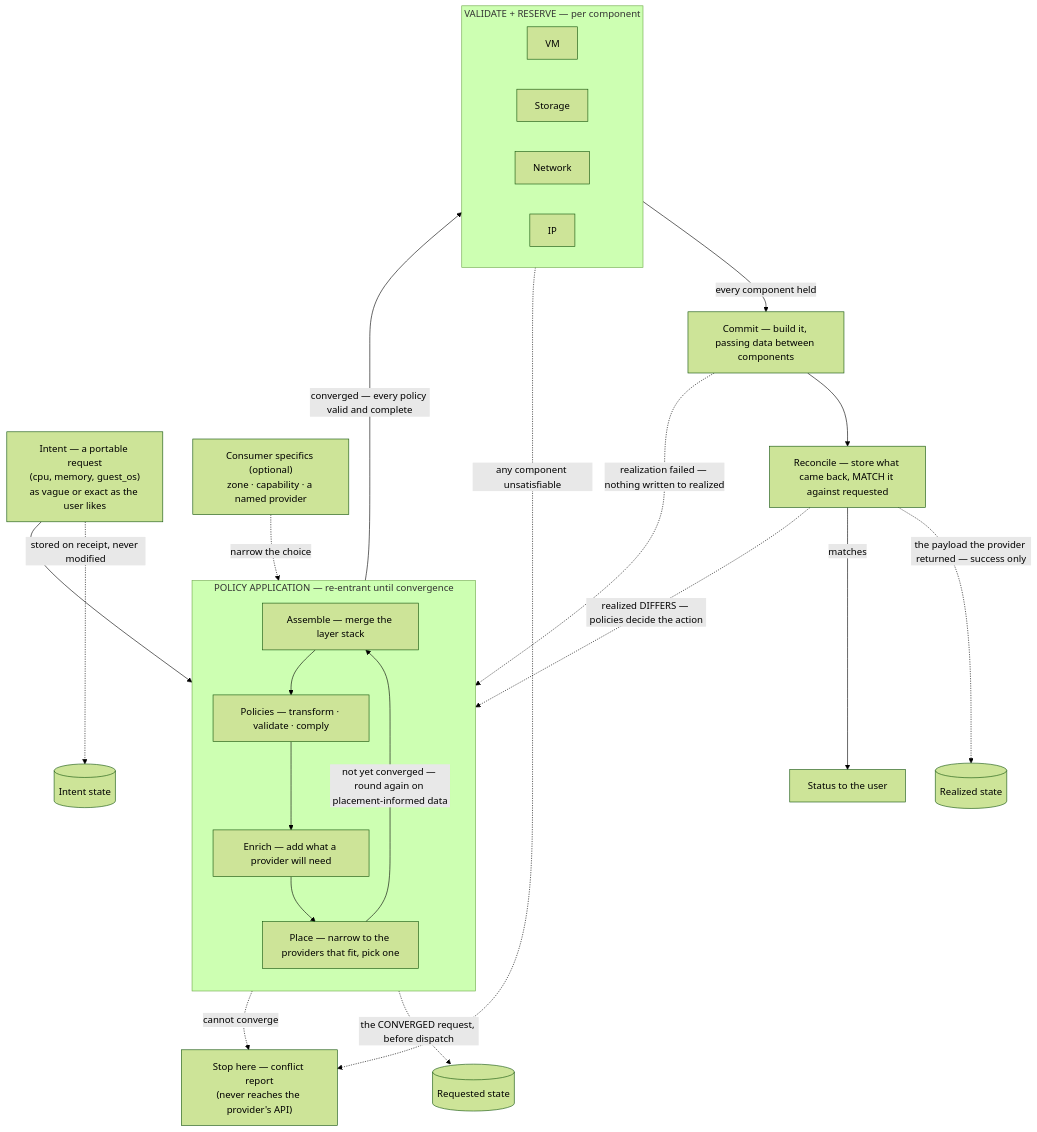
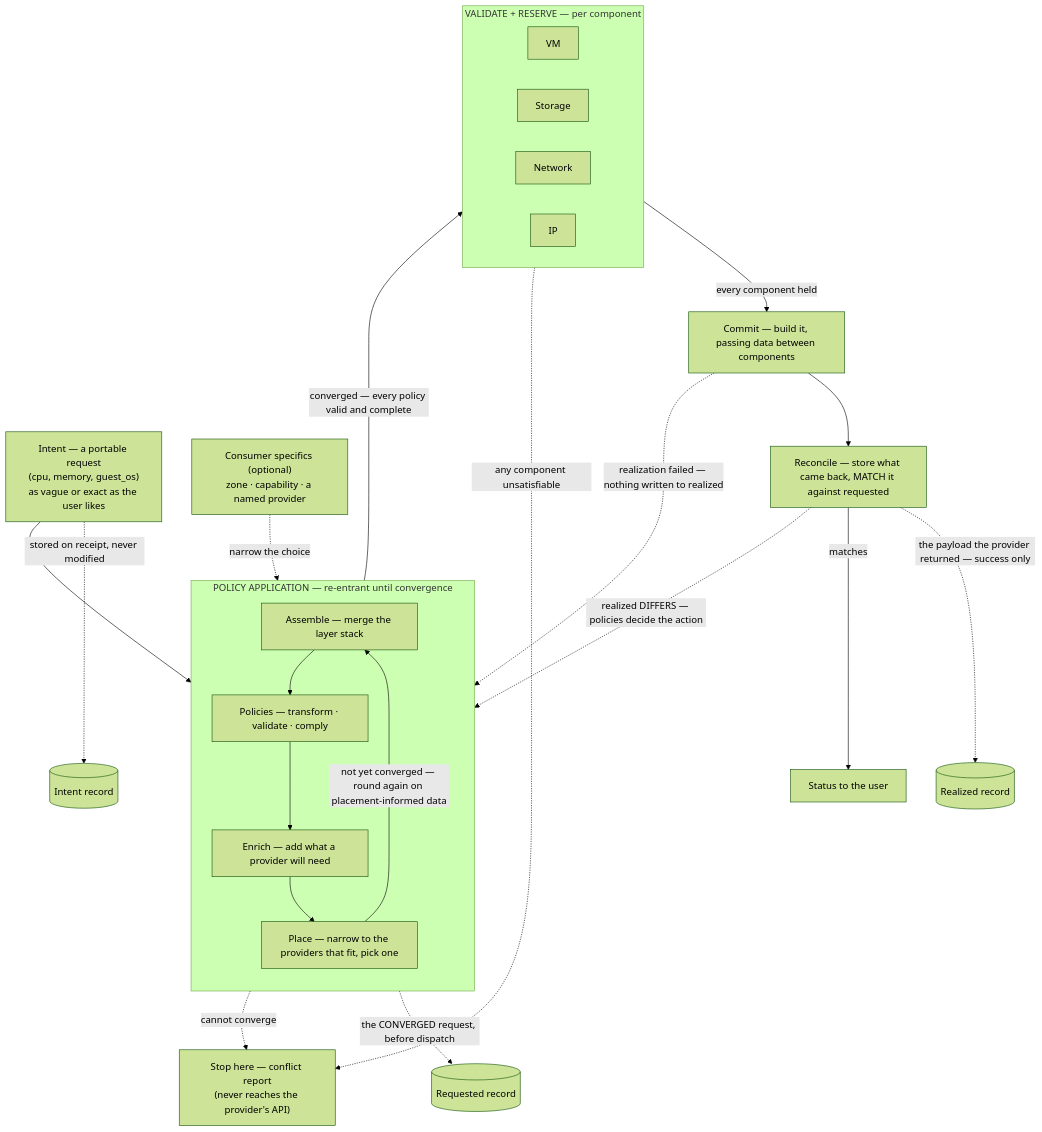
Before and after one commit to croadfeldt/udlm: the first of 2 diagrams in docs/flows/request-realization.md, drawn with Mermaid (forest theme). The commit also changed other lines of this file and 2 other files, not shown here.

First line of the commit message:
The flows say who writes which record

````diff
--- a/docs/flows/request-realization.md
+++ b/docs/flows/request-realization.md
@@ -34,34 +34,34 @@
 ```mermaid
 flowchart TD
   I["Intent — a portable request<br/>(cpu, memory, guest_os)<br/>as vague or exact as the user likes"] --> CONV
   CC["Consumer specifics (optional)<br/>zone · capability · a named provider"] -.->|narrow the choice| CONV
 
   subgraph CONV["POLICY APPLICATION — re-entrant until convergence"]
     direction TB
     A["Assemble — merge the layer stack"]
     A --> PO["Policies — transform · validate · comply"]
     PO --> E["Enrich — add what a provider will need"]
     E --> P["Place — narrow to the providers that fit, pick one"]
     P -->|"not yet converged — round again on placement-informed data"| A
   end
 
-  I -.->|"stored on receipt, never modified"| DI[("Intent state")]
-  CONV -.->|"the CONVERGED request, before dispatch"| DR[("Requested state")]
+  I -.->|"stored on receipt, never modified"| DI[("Intent record")]
+  CONV -.->|"the CONVERGED request, before dispatch"| DR[("Requested record")]
 
   CONV -->|"converged — every policy valid and complete"| R
   subgraph R["VALIDATE + RESERVE — per component"]
     direction LR
     RV["VM"]
     RS["Storage"]
     RN["Network"]
     RI["IP"]
   end
   R -->|"every component held"| C["Commit — build it, passing data between components"]
   C --> RC["Reconcile — store what came back, MATCH it against requested"]
-  RC -.->|"the payload the provider returned — success only"| DZ[("Realized state")]
+  RC -.->|"the payload the provider returned — success only"| DZ[("Realized record")]
   RC -->|"matches"| U["Status to the user"]
   RC -.->|"realized DIFFERS — policies decide the action"| CONV
   C -. "realization failed — nothing written to realized" .-> CONV
   CONV -. "cannot converge" .-> F["Stop here — conflict report<br/>(never reaches the provider's API)"]
   R -. "any component unsatisfiable" .-> F
 ```
````
